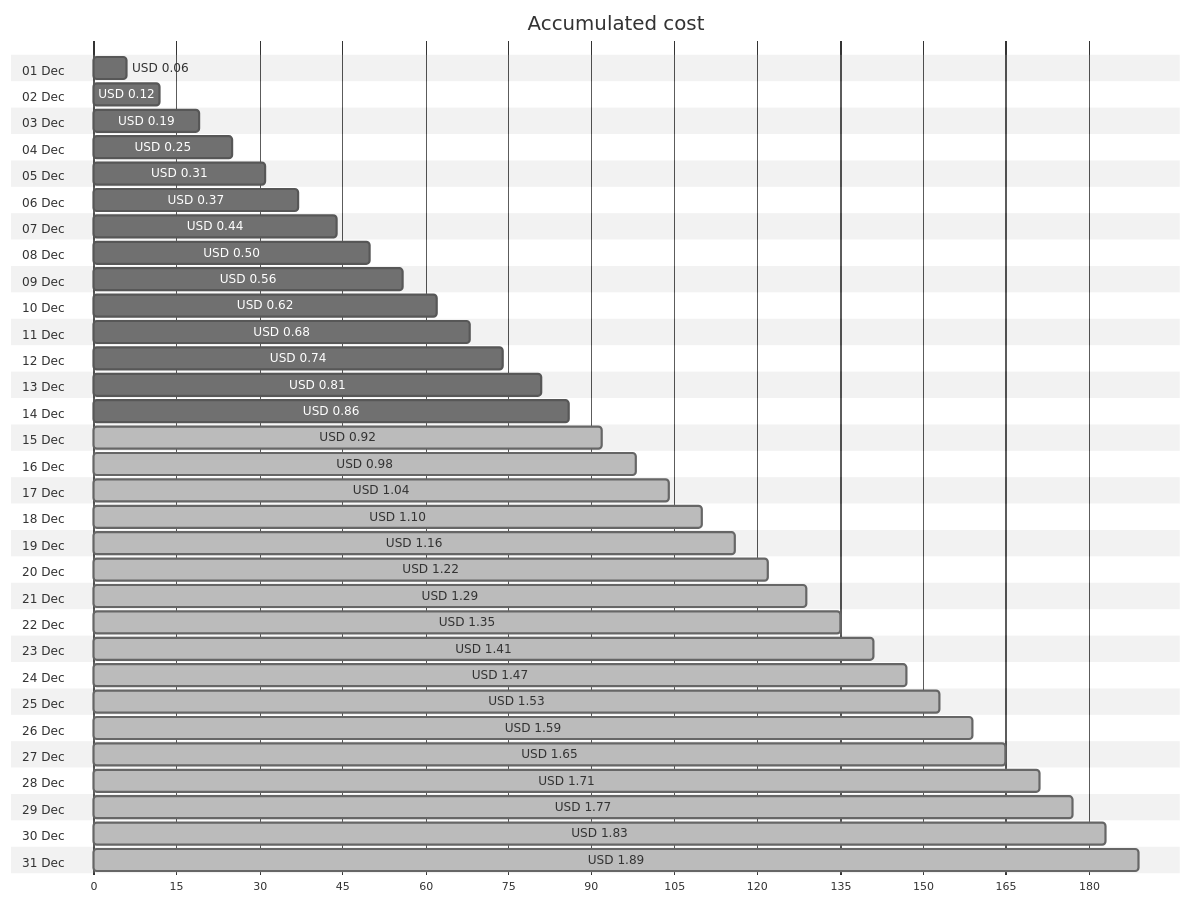
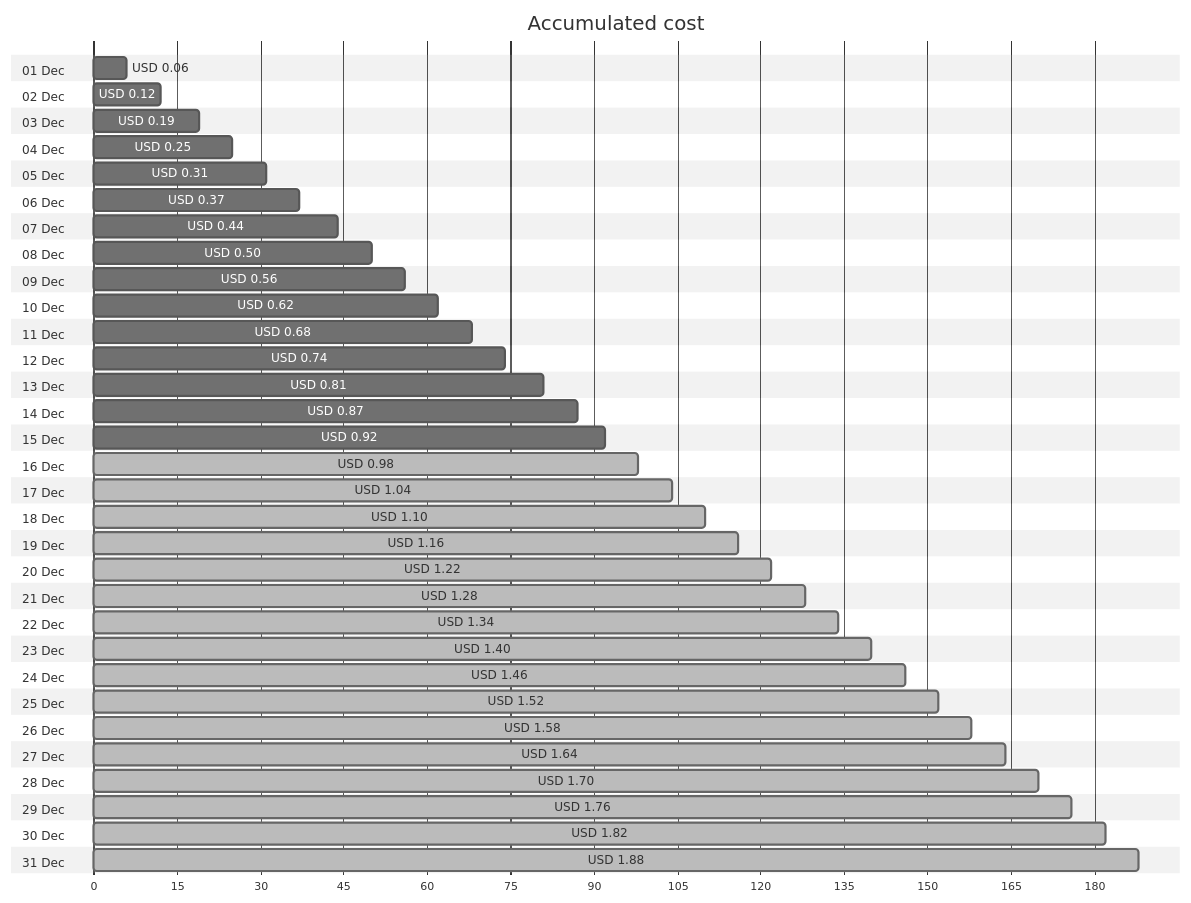
Before and after one commit to jpfulton/azure-personal-reports: the first of 4 diagrams in cost-reports/personal-network/backup-server_OsDisk.md, drawn with Mermaid (neutral theme). The commit also changed other lines of this file and 8 other files, not shown here.

````diff
--- a/cost-reports/personal-network/backup-server_OsDisk.md
+++ b/cost-reports/personal-network/backup-server_OsDisk.md
@@ -20,68 +20,68 @@
 ```mermaid
 gantt
    title Accumulated cost
    dateFormat  X
    axisFormat %s
    section 01 Dec
    USD 0.06 :0, 6
    section 02 Dec
    USD 0.12 :0, 12
    section 03 Dec
    USD 0.19 :0, 19
    section 04 Dec
    USD 0.25 :0, 25
    section 05 Dec
    USD 0.31 :0, 31
    section 06 Dec
    USD 0.37 :0, 37
    section 07 Dec
    USD 0.44 :0, 44
    section 08 Dec
    USD 0.50 :0, 50
    section 09 Dec
    USD 0.56 :0, 56
    section 10 Dec
    USD 0.62 :0, 62
    section 11 Dec
    USD 0.68 :0, 68
    section 12 Dec
    USD 0.74 :0, 74
    section 13 Dec
    USD 0.81 :0, 81
    section 14 Dec
-   USD 0.86 :0, 86
+   USD 0.87 :0, 87
    section 15 Dec
-   USD 0.92 : done, 0, 92
+   USD 0.92 :0, 92
    section 16 Dec
    USD 0.98 : done, 0, 98
    section 17 Dec
    USD 1.04 : done, 0, 104
    section 18 Dec
    USD 1.10 : done, 0, 110
    section 19 Dec
    USD 1.16 : done, 0, 116
    section 20 Dec
    USD 1.22 : done, 0, 122
    section 21 Dec
-   USD 1.29 : done, 0, 129
+   USD 1.28 : done, 0, 128
    section 22 Dec
-   USD 1.35 : done, 0, 135
+   USD 1.34 : done, 0, 134
    section 23 Dec
-   USD 1.41 : done, 0, 141
+   USD 1.40 : done, 0, 140
    section 24 Dec
-   USD 1.47 : done, 0, 147
+   USD 1.46 : done, 0, 146
    section 25 Dec
-   USD 1.53 : done, 0, 153
+   USD 1.52 : done, 0, 152
    section 26 Dec
-   USD 1.59 : done, 0, 159
+   USD 1.58 : done, 0, 158
    section 27 Dec
-   USD 1.65 : done, 0, 165
+   USD 1.64 : done, 0, 164
    section 28 Dec
-   USD 1.71 : done, 0, 171
+   USD 1.70 : done, 0, 170
    section 29 Dec
-   USD 1.77 : done, 0, 177
+   USD 1.76 : done, 0, 176
    section 30 Dec
-   USD 1.83 : done, 0, 183
+   USD 1.82 : done, 0, 182
    section 31 Dec
-   USD 1.89 : done, 0, 189
+   USD 1.88 : done, 0, 188
 ```
````
